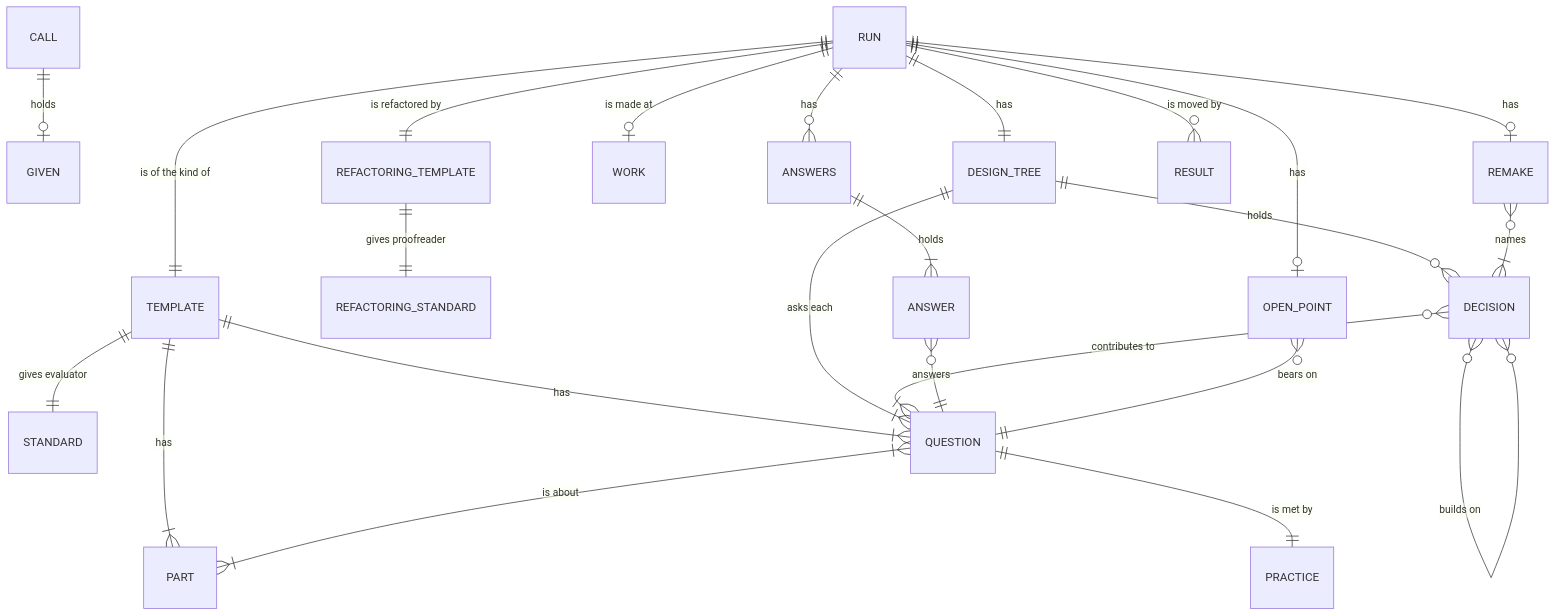
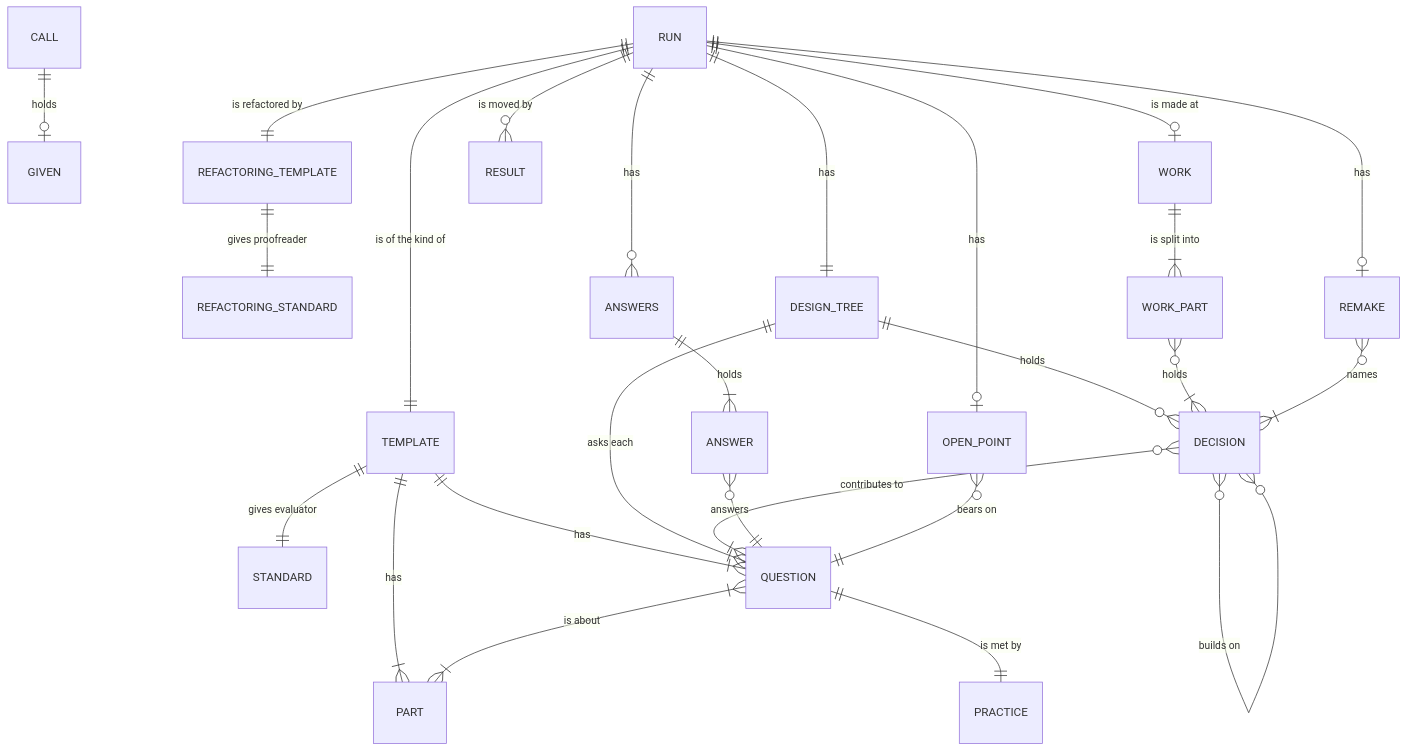
One commit to lovaizu/ccpm changed the second of 7 diagrams in dev/turn/architecture.md. Above: the diagram before and after it, drawn with Mermaid. The commit also changed other lines of this file and 1 other file, not shown here.

````diff
--- a/dev/turn/architecture.md
+++ b/dev/turn/architecture.md
@@ -251,26 +259,28 @@
 ```mermaid
 erDiagram
   CALL ||--o| GIVEN : holds
   RUN ||--|| TEMPLATE : "is of the kind of"
   RUN ||--|| REFACTORING_TEMPLATE : "is refactored by"
   TEMPLATE ||--|| STANDARD : "gives evaluator"
   REFACTORING_TEMPLATE ||--|| REFACTORING_STANDARD : "gives proofreader"
   TEMPLATE ||--|{ PART : has
   TEMPLATE ||--|{ QUESTION : has
   QUESTION }|--|{ PART : "is about"
   QUESTION ||--|| PRACTICE : "is met by"
   RUN ||--|| DESIGN_TREE : has
   DESIGN_TREE ||--|{ QUESTION : "asks each"
   DESIGN_TREE ||--o{ DECISION : holds
   DECISION }o--|{ QUESTION : "contributes to"
   DECISION }o--o{ DECISION : "builds on"
   RUN ||--o| WORK : "is made at"
+  WORK ||--|{ WORK_PART : "is split into"
+  WORK_PART }o--|{ DECISION : holds
   RUN ||--o| REMAKE : has
   REMAKE }o--|{ DECISION : names
   RUN ||--o{ ANSWERS : has
   ANSWERS ||--|{ ANSWER : holds
   ANSWER }o--|| QUESTION : answers
   RUN ||--o| OPEN_POINT : has
   OPEN_POINT }o--|| QUESTION : "bears on"
   RUN ||--o{ RESULT : "is moved by"
 ```
````
